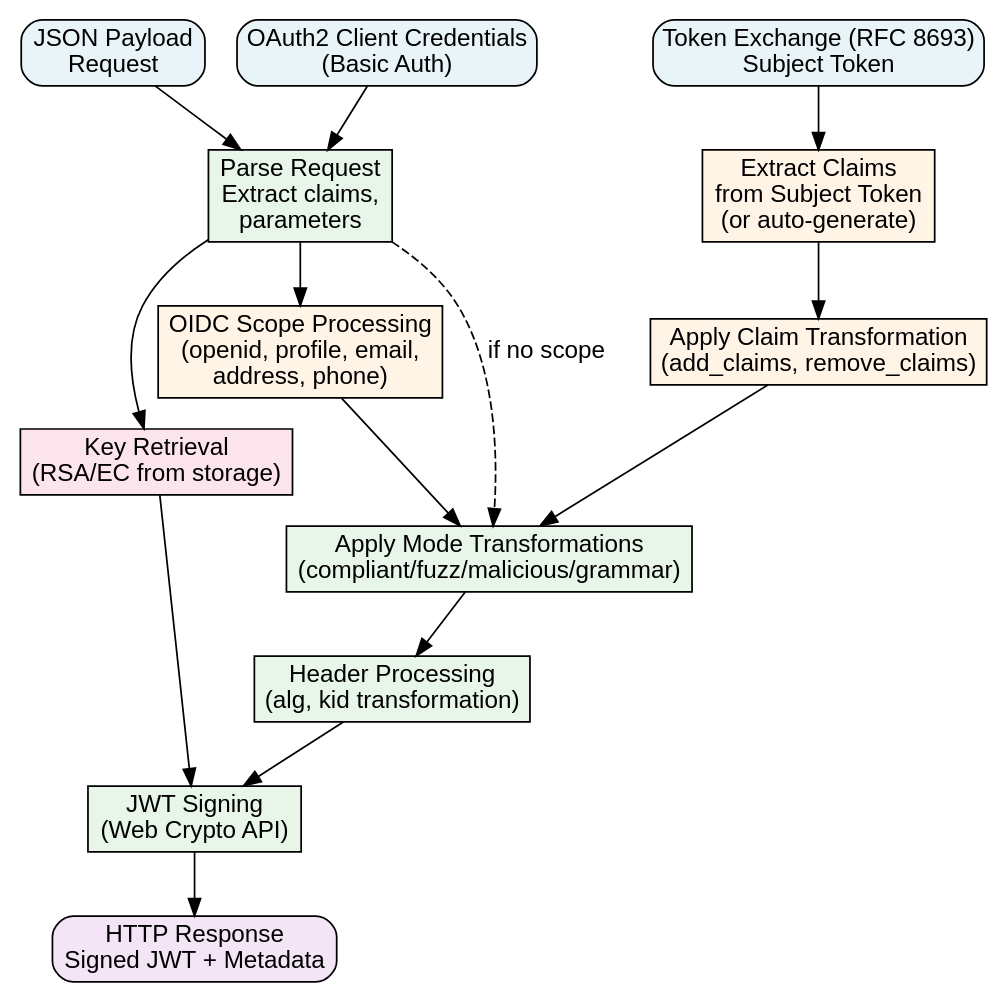
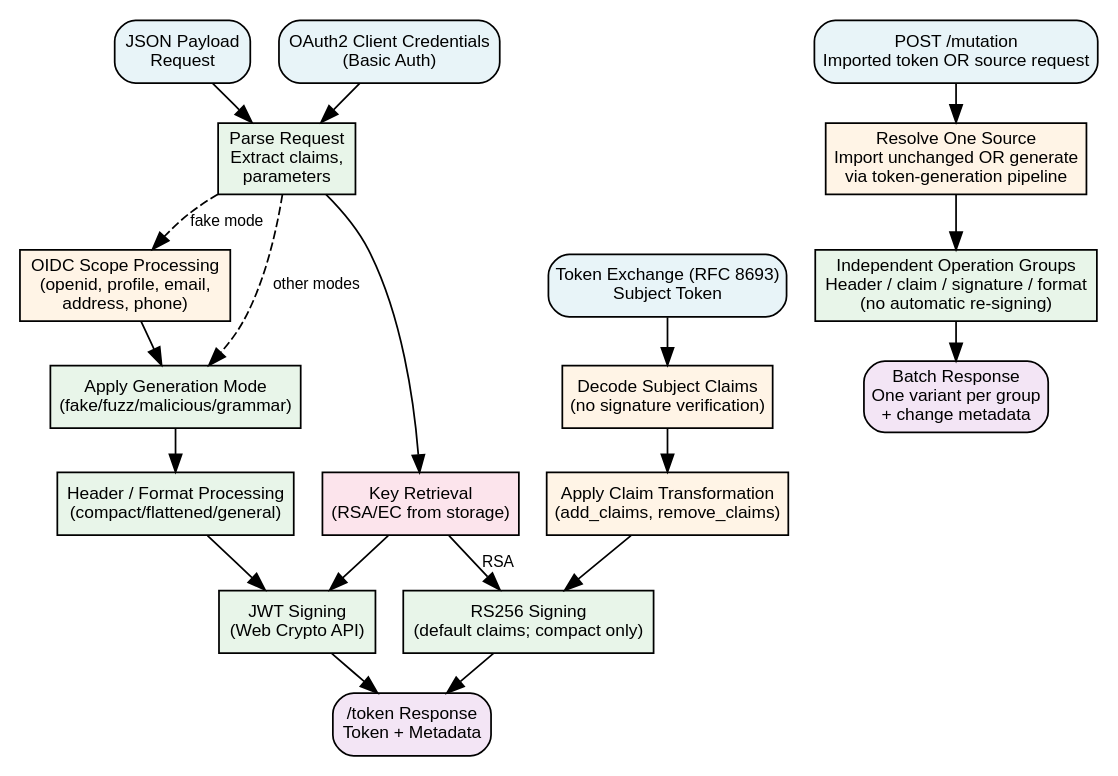
Before and after one commit to abhishektiwari/jwtforge: the diagram in paper/images/graphviz/jwtforge-overall-workflow.dot, drawn with Graphviz. The commit also changed 46 other files, not shown here.

```diff
--- a/paper/images/graphviz/jwtforge-overall-workflow.dot
+++ b/paper/images/graphviz/jwtforge-overall-workflow.dot
@@ -1,36 +1,47 @@
 digraph jwtforge_generation {
     fontname="Helvetica,Arial,sans-serif"
-    node [fontname="Helvetica,Arial,sans-serif", style=filled]
-    edge [fontname="Helvetica,Arial,sans-serif"]
+    graph [ranksep=0.3, nodesep=0.22, margin=0.03]
+    node [fontname="Helvetica,Arial,sans-serif", fontsize=10, margin="0.08,0.05", style=filled]
+    edge [fontname="Helvetica,Arial,sans-serif", fontsize=9]
     rankdir=TB;
     
     json_input [label="JSON Payload\nRequest", shape=box, fillcolor="#E8F4F8", style="filled,rounded"]
     oauth_input [label="OAuth2 Client Credentials\n(Basic Auth)", shape=box, fillcolor="#E8F4F8", style="filled,rounded"]
     exchange_input [label="Token Exchange (RFC 8693)\nSubject Token", shape=box, fillcolor="#E8F4F8", style="filled,rounded"]
     
     parse [label="Parse Request\nExtract claims,\nparameters", shape=box, fillcolor="#E8F5E9"]
     scope [label="OIDC Scope Processing\n(openid, profile, email,\naddress, phone)", shape=box, fillcolor="#FFF4E6"]
-    extract_claims [label="Extract Claims\nfrom Subject Token\n(or auto-generate)", shape=box, fillcolor="#FFF4E6"]
-    mode_apply [label="Apply Mode Transformations\n(compliant/fuzz/malicious/grammar)", shape=box, fillcolor="#E8F5E9"]
+    extract_claims [label="Decode Subject Claims\n(no signature verification)", shape=box, fillcolor="#FFF4E6"]
+    mode_apply [label="Apply Generation Mode\n(fake/fuzz/malicious/grammar)", shape=box, fillcolor="#E8F5E9"]
     claim_transform [label="Apply Claim Transformation\n(add_claims, remove_claims)", shape=box, fillcolor="#FFF4E6"]
     keystore [label="Key Retrieval\n(RSA/EC from storage)", shape=box, fillcolor="#FCE4EC"]
-    header_fuzz [label="Header Processing\n(alg, kid transformation)", shape=box, fillcolor="#E8F5E9"]
+    header_fuzz [label="Header / Format Processing\n(compact/flattened/general)", shape=box, fillcolor="#E8F5E9"]
     sign [label="JWT Signing\n(Web Crypto API)", shape=box, fillcolor="#E8F5E9"]
-    output [label="HTTP Response\nSigned JWT + Metadata", shape=box, fillcolor="#F3E5F5", style="filled,rounded"]
+    output [label="/token Response\nToken + Metadata", shape=box, fillcolor="#F3E5F5", style="filled,rounded"]
+    exchange_sign [label="RS256 Signing\n(default claims; compact only)", shape=box, fillcolor="#E8F5E9"]
+    mutation_input [label="POST /mutation\nImported token OR source request", shape=box, fillcolor="#E8F4F8", style="filled,rounded"]
+    mutation_source [label="Resolve One Source\nImport unchanged OR generate\nvia token-generation pipeline", shape=box, fillcolor="#FFF4E6"]
+    mutate [label="Independent Operation Groups\nHeader / claim / signature / format\n(no automatic re-signing)", shape=box, fillcolor="#E8F5E9"]
+    variants [label="Batch Response\nOne variant per group\n+ change metadata", shape=box, fillcolor="#F3E5F5", style="filled,rounded"]
     
     json_input -> parse
     oauth_input -> parse
     exchange_input -> extract_claims
     
-    parse -> scope
+    parse -> scope [style=dashed, label="fake mode"]
     scope -> mode_apply
-    parse -> mode_apply [style=dashed, label="if no scope"]
+    parse -> mode_apply [style=dashed, label="other modes"]
     extract_claims -> claim_transform
-    claim_transform -> mode_apply
+    claim_transform -> exchange_sign
+    keystore -> exchange_sign [label="RSA"]
+    exchange_sign -> output
     
     mode_apply -> header_fuzz
     parse -> keystore
     header_fuzz -> sign
     keystore -> sign
     sign -> output
+    mutation_input -> mutation_source
+    mutation_source -> mutate
+    mutate -> variants
 }
```
